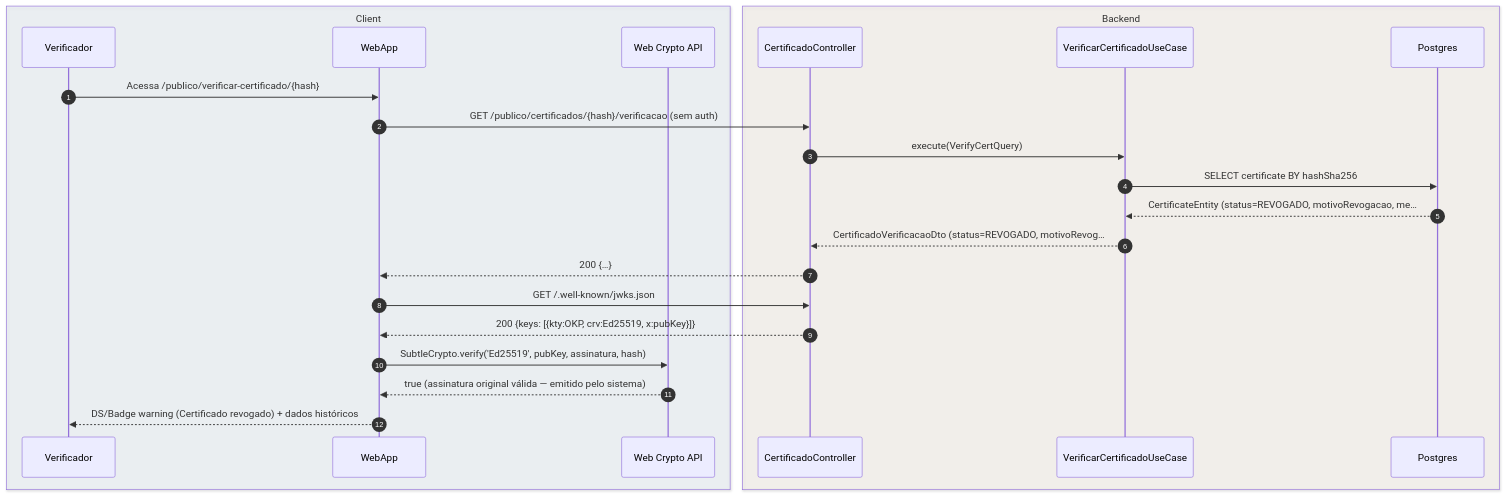
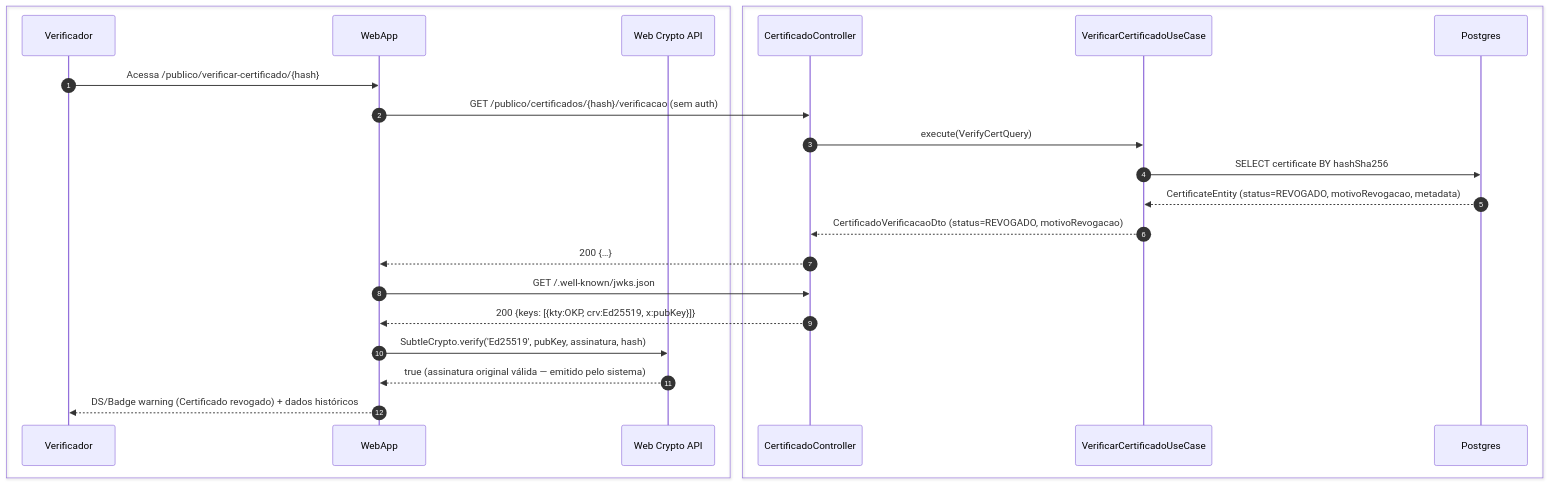
The second of 4 diagrams in foundationDocs/sequenceDiagrams/F0 — Público/US-F0-007-VERIFICAR-CERTIFICADO.md (umishell/secretariaOnline2), drawn with Mermaid before and after one commit. The commit also changed other lines of this file and 70 other files, not shown here.

First line of the commit message:
Enhance database documentation and introduce new schema files

````diff
--- a/foundationDocs/sequenceDiagrams/F0 — Público/US-F0-007-VERIFICAR-CERTIFICADO.md
+++ b/foundationDocs/sequenceDiagrams/F0 — Público/US-F0-007-VERIFICAR-CERTIFICADO.md
@@ -98,27 +98,27 @@
 ```mermaid
 sequenceDiagram
     autonumber
-    box rgba(230,245,255,0.3) Client
+    box #e8f4fc Cliente
         participant Verificador
         participant WebApp
         participant Crypto as Web Crypto API
     end
-    box rgba(255,245,230,0.3) Backend
+    box #fff8ee Servidor
         participant AC as CertificadoController
         participant UC as VerificarCertificadoUseCase
         participant DB as Postgres
     end
 
     Verificador->>WebApp: Acessa /publico/verificar-certificado/{hash}
     WebApp->>AC: GET /publico/certificados/{hash}/verificacao (sem auth)
     AC->>UC: execute(VerifyCertQuery)
     UC->>DB: SELECT certificate BY hashSha256
-    DB-->>UC: CertificateEntity (status=REVOGADO, motivoRevogacao, me…
-    UC-->>AC: CertificadoVerificacaoDto (status=REVOGADO, motivoRevog…
+    DB-->>UC: CertificateEntity (status=REVOGADO, motivoRevogacao, metadata)
+    UC-->>AC: CertificadoVerificacaoDto (status=REVOGADO, motivoRevogacao)
     AC-->>WebApp: 200 {…}
     WebApp->>AC: GET /.well-known/jwks.json
     AC-->>WebApp: 200 {keys: [{kty:OKP, crv:Ed25519, x:pubKey}]}
     WebApp->>Crypto: SubtleCrypto.verify('Ed25519', pubKey, assinatura, hash)
     Crypto-->>WebApp: true (assinatura original válida — emitido pelo sistema)
     WebApp-->>Verificador: DS/Badge warning (Certificado revogado) + dados históricos
 ```
````
